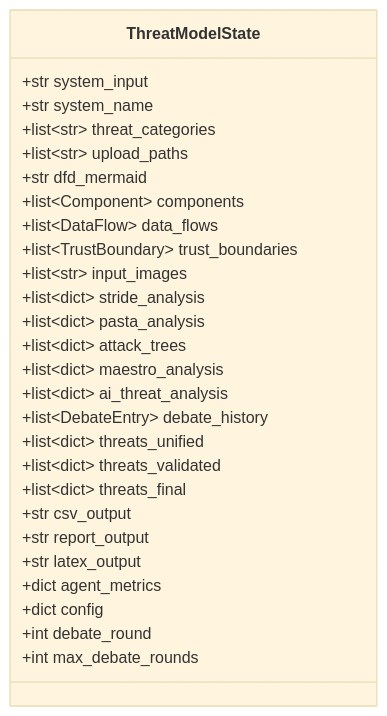
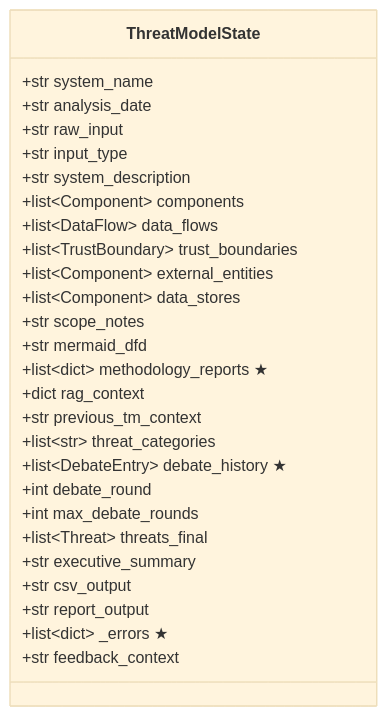
One commit to philocyber/agent-threat-modeler changed the first of 10 diagrams in docs/10_flujo_de_datos.md. Above: the diagram before and after it, drawn with Mermaid (base theme). The commit also changed other lines of this file and 56 other files, not shown here.

````diff
--- a/docs/10_flujo_de_datos.md
+++ b/docs/10_flujo_de_datos.md
@@ -11,30 +11,30 @@
 ```mermaid
 classDiagram
     class ThreatModelState {
-        +str system_input
         +str system_name
-        +list~str~ threat_categories
-        +list~str~ upload_paths
-        +str dfd_mermaid
+        +str analysis_date
+        +str raw_input
+        +str input_type
+        +str system_description
         +list~Component~ components
         +list~DataFlow~ data_flows
         +list~TrustBoundary~ trust_boundaries
-        +list~str~ input_images
-        +list~dict~ stride_analysis
-        +list~dict~ pasta_analysis
-        +list~dict~ attack_trees
-        +list~dict~ maestro_analysis
-        +list~dict~ ai_threat_analysis
-        +list~DebateEntry~ debate_history
-        +list~dict~ threats_unified
-        +list~dict~ threats_validated
-        +list~dict~ threats_final
+        +list~Component~ external_entities
+        +list~Component~ data_stores
+        +str scope_notes
+        +str mermaid_dfd
+        +list~dict~ methodology_reports ★
+        +dict rag_context
+        +str previous_tm_context
+        +list~str~ threat_categories
+        +list~DebateEntry~ debate_history ★
+        +int debate_round
+        +int max_debate_rounds
+        +list~Threat~ threats_final
+        +str executive_summary
         +str csv_output
         +str report_output
-        +str latex_output
-        +dict agent_metrics
-        +dict config
-        +int debate_round
-        +int max_debate_rounds
+        +list~dict~ _errors ★
+        +str feedback_context
     }
 ```
````
